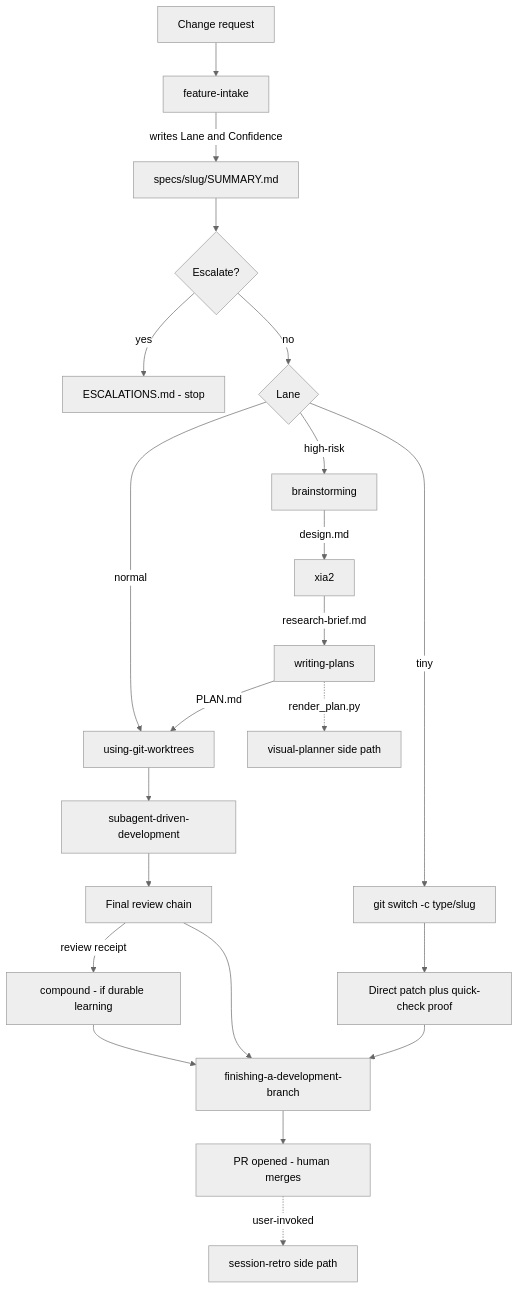
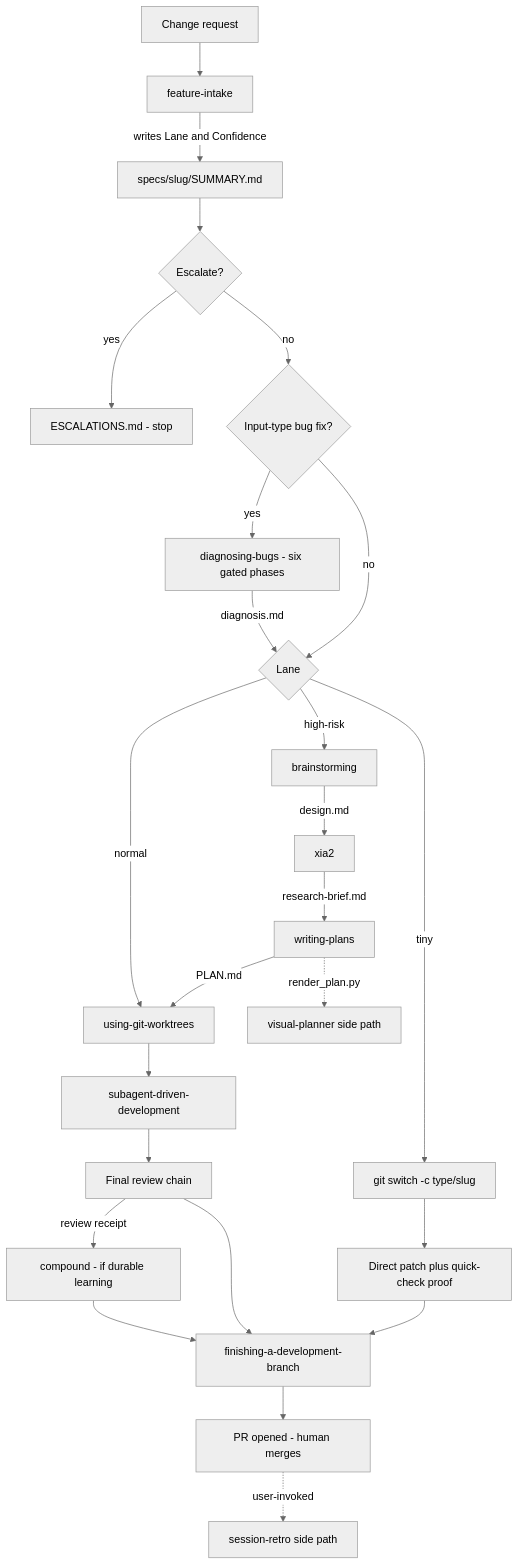
Before and after one commit to minhtran3124/agent-harness: the diagram in openwiki/workflows/skill-chain.md, drawn with Mermaid (neutral theme). The commit also changed other lines of this file and 52 other files, not shown here.

````diff
--- a/openwiki/workflows/skill-chain.md
+++ b/openwiki/workflows/skill-chain.md
@@ -63,24 +77,27 @@
 ```mermaid
 flowchart TD
     REQ["Change request"] --> INTAKE["feature-intake"]
     INTAKE -->|"writes Lane and Confidence"| SUM["specs/slug/SUMMARY.md"]
     SUM --> ESC{"Escalate?"}
     ESC -->|"yes"| ESCF["ESCALATIONS.md - stop"]
-    ESC -->|"no"| LANE{"Lane"}
+    ESC -->|"no"| BUG{"Input-type bug fix?"}
+    BUG -->|"yes"| DIAG["diagnosing-bugs - six gated phases"]
+    DIAG -->|"diagnosis.md"| LANE{"Lane"}
+    BUG -->|"no"| LANE
     LANE -->|"tiny"| TBR["git switch -c type/slug"]
     TBR --> TEDIT["Direct patch plus quick-check proof"]
     LANE -->|"normal"| WT["using-git-worktrees"]
     LANE -->|"high-risk"| BS["brainstorming"]
     BS -->|"design.md"| XIA["xia2"]
     XIA -->|"research-brief.md"| WP["writing-plans"]
     WP -->|"PLAN.md"| WT
     WT --> SDD["subagent-driven-development"]
     SDD --> CHAIN["Final review chain"]
     CHAIN -->|"review receipt"| CMP["compound - if durable learning"]
     CMP --> FIN["finishing-a-development-branch"]
     CHAIN --> FIN
     TEDIT --> FIN
     FIN --> PR["PR opened - human merges"]
     WP -.->|"render_plan.py"| VP["visual-planner side path"]
     PR -.->|"user-invoked"| RETRO["session-retro side path"]
 ```
````
